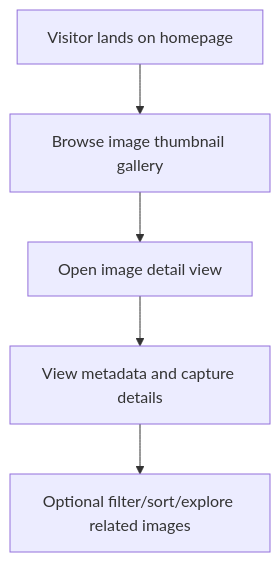
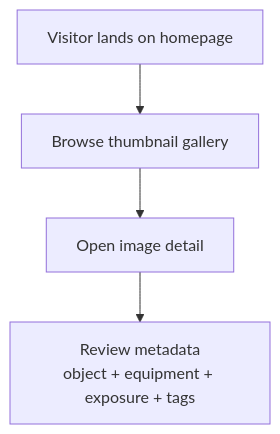
The first of 3 diagrams in README.md (smeird/images), drawn with Mermaid before and after one commit. The commit also changed other lines of this file and 19 other files, not shown here.

````diff
--- a/README.md
+++ b/README.md
@@ -64,7 +68,6 @@
 ```mermaid
 flowchart TD
-  A[Visitor lands on homepage] --> B[Browse image thumbnail gallery]
-  B --> C[Open image detail view]
-  C --> D[View metadata and capture details]
-  D --> E[Optional filter/sort/explore related images]
+  A[Visitor lands on homepage] --> B[Browse thumbnail gallery]
+  B --> C[Open image detail]
+  C --> D[Review metadata\nobject + equipment + exposure + tags]
 ```
````
